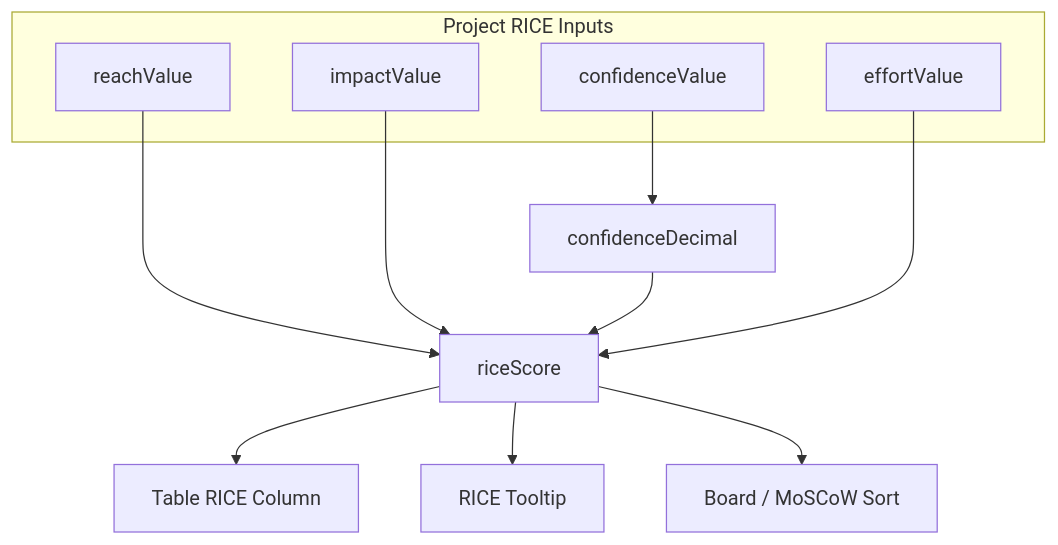
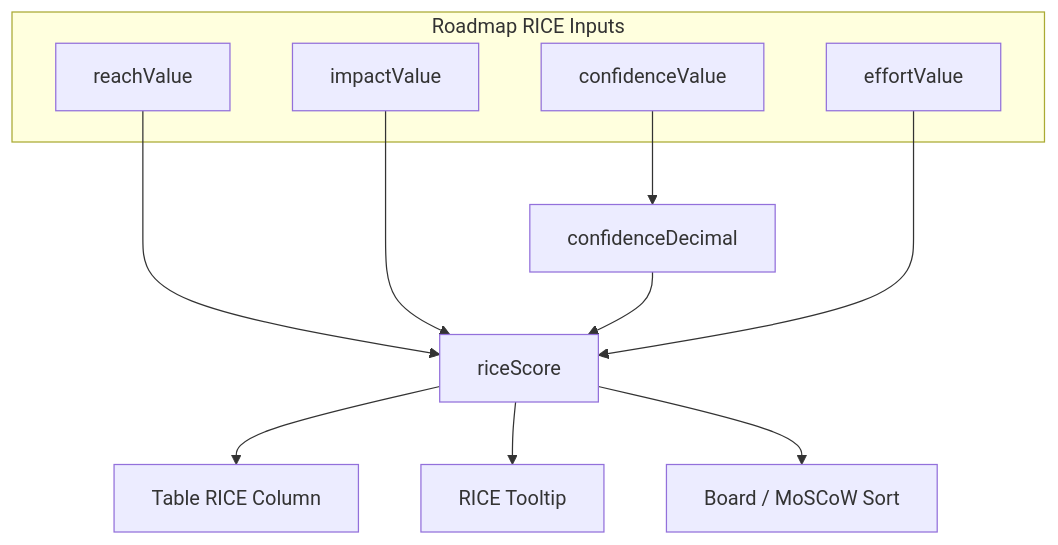
The first of 14 diagrams in docs/VARIABLES.md (RifqiMT/pm-prioritization-tool), drawn with Mermaid before and after one commit. The commit also changed other lines of this file and 59 other files, not shown here.

First line of the commit message:
feat(ui193): rename Project→Roadmap, add KANO portfolio view, and full docs sync

````diff
--- a/docs/VARIABLES.md
+++ b/docs/VARIABLES.md
@@ -208,18 +218,18 @@
 ```mermaid
 flowchart TD
-  subgraph inputs [Project RICE Inputs]
+  subgraph inputs [Roadmap RICE Inputs]
     R[reachValue]
     I[impactValue]
     C[confidenceValue]
     E[effortValue]
   end
   Cdec[confidenceDecimal]
   C --> Cdec
   R --> SCORE[riceScore]
   I --> SCORE
   Cdec --> SCORE
   E --> SCORE
   SCORE --> TBL[Table RICE Column]
   SCORE --> TIP[RICE Tooltip]
   SCORE --> BRD[Board / MoSCoW Sort]
 ```
````
